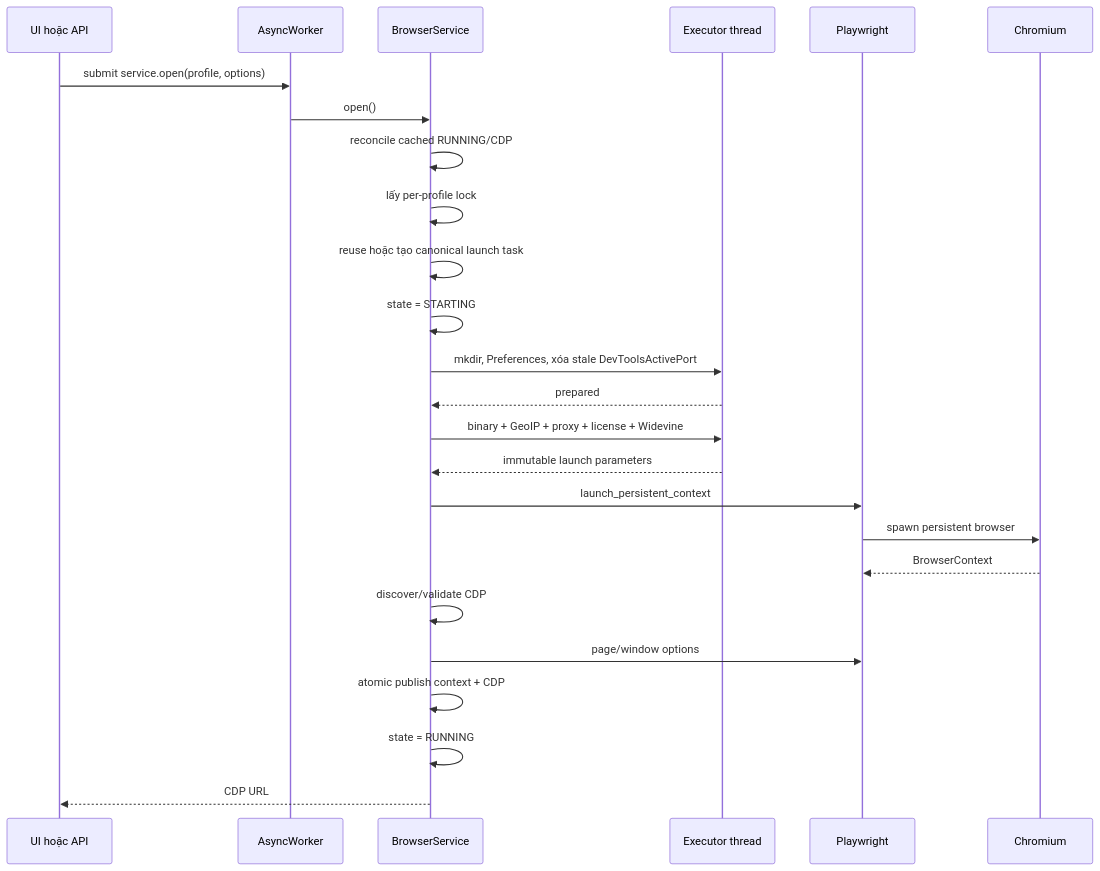
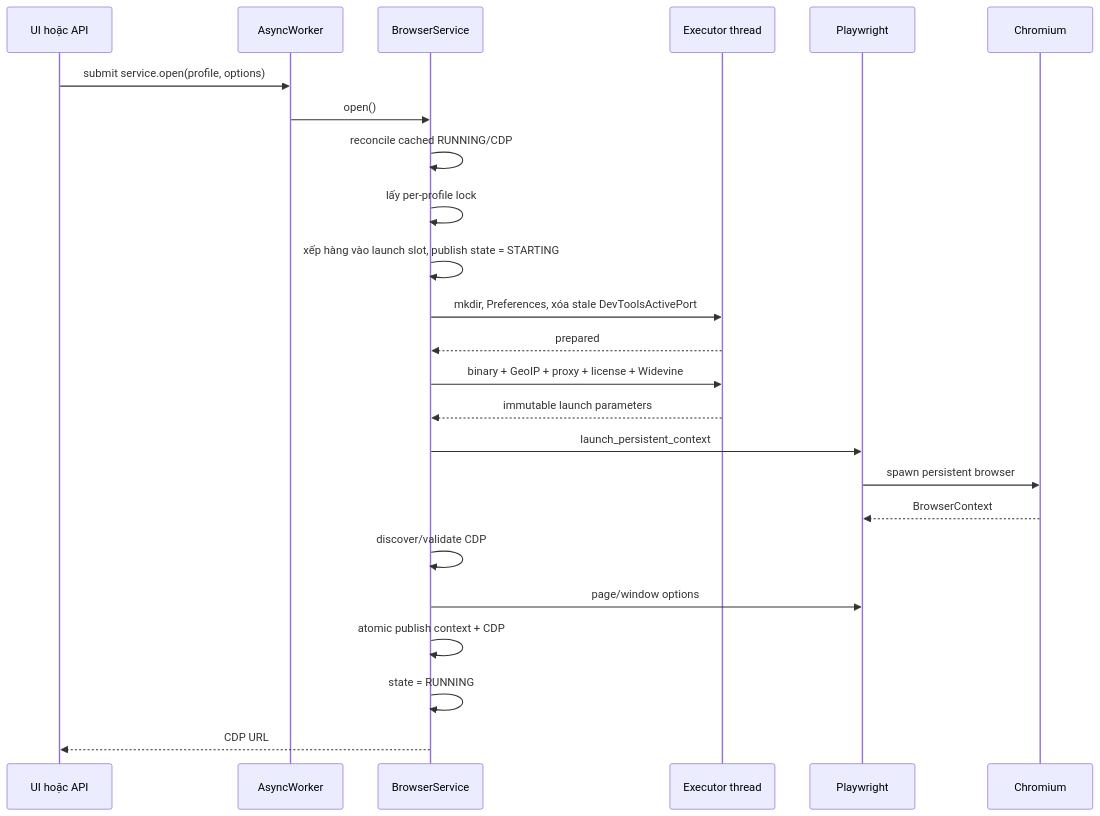
Before and after one commit to thuctran63/cloakbrowser-profile-manager: the second of 4 diagrams in docs/ARCHITECTURE.md, drawn with Mermaid. The commit also changed other lines of this file and 3 other files, not shown here.

````diff
--- a/docs/ARCHITECTURE.md
+++ b/docs/ARCHITECTURE.md
@@ -95,28 +94,27 @@
 ```mermaid
 sequenceDiagram
     participant Caller as UI hoặc API
     participant Worker as AsyncWorker
     participant Service as BrowserService
     participant Prep as Executor thread
     participant PW as Playwright
     participant Chrome as Chromium
 
     Caller->>Worker: submit service.open(profile, options)
     Worker->>Service: open()
     Service->>Service: reconcile cached RUNNING/CDP
     Service->>Service: lấy per-profile lock
-    Service->>Service: reuse hoặc tạo canonical launch task
-    Service->>Service: state = STARTING
+    Service->>Service: xếp hàng vào launch slot, publish state = STARTING
     Service->>Prep: mkdir, Preferences, xóa stale DevToolsActivePort
     Prep-->>Service: prepared
     Service->>Prep: binary + GeoIP + proxy + license + Widevine
     Prep-->>Service: immutable launch parameters
     Service->>PW: launch_persistent_context
     PW->>Chrome: spawn persistent browser
     Chrome-->>PW: BrowserContext
     Service->>Service: discover/validate CDP
     Service->>PW: page/window options
     Service->>Service: atomic publish context + CDP
     Service->>Service: state = RUNNING
     Service-->>Caller: CDP URL
 ```
````
